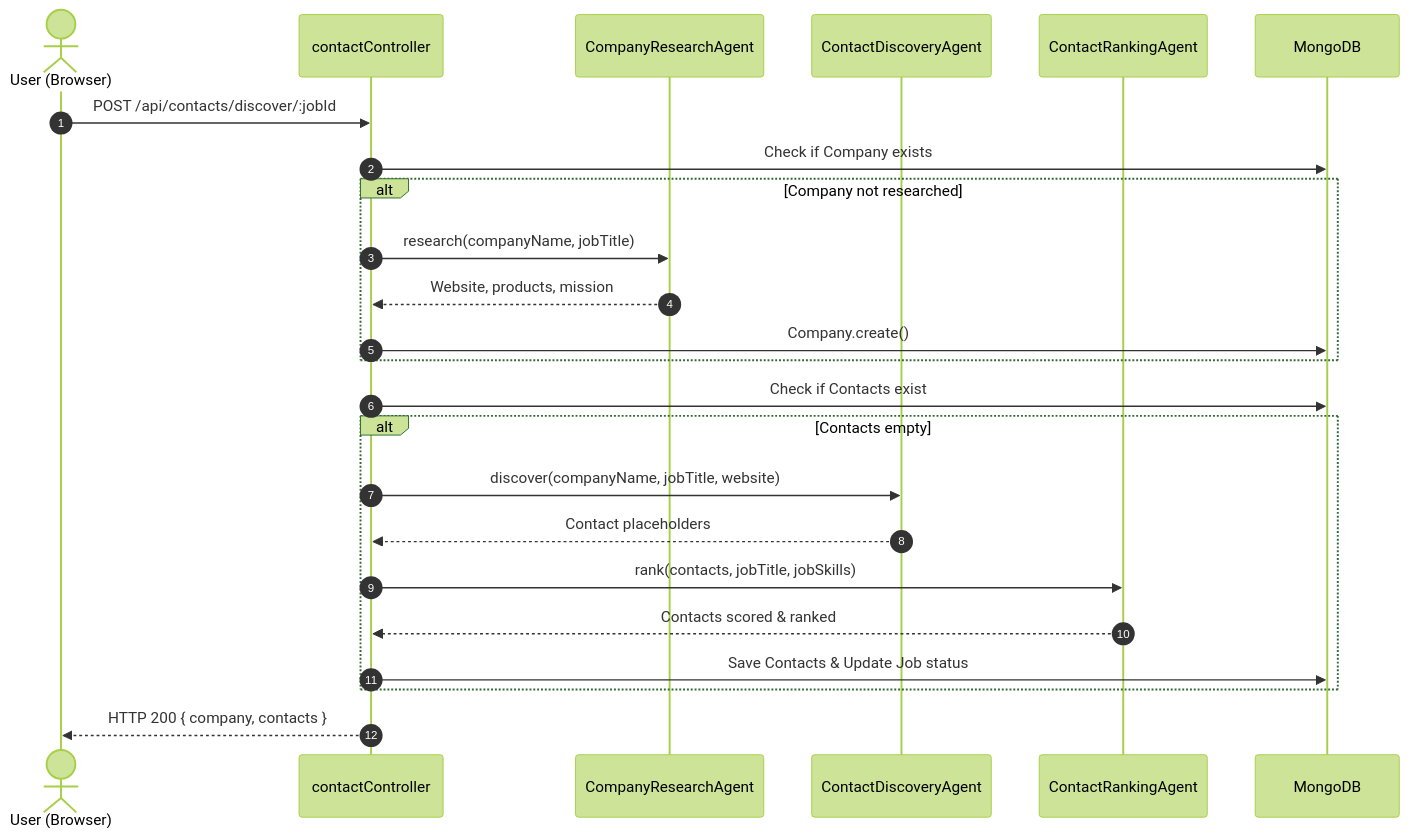
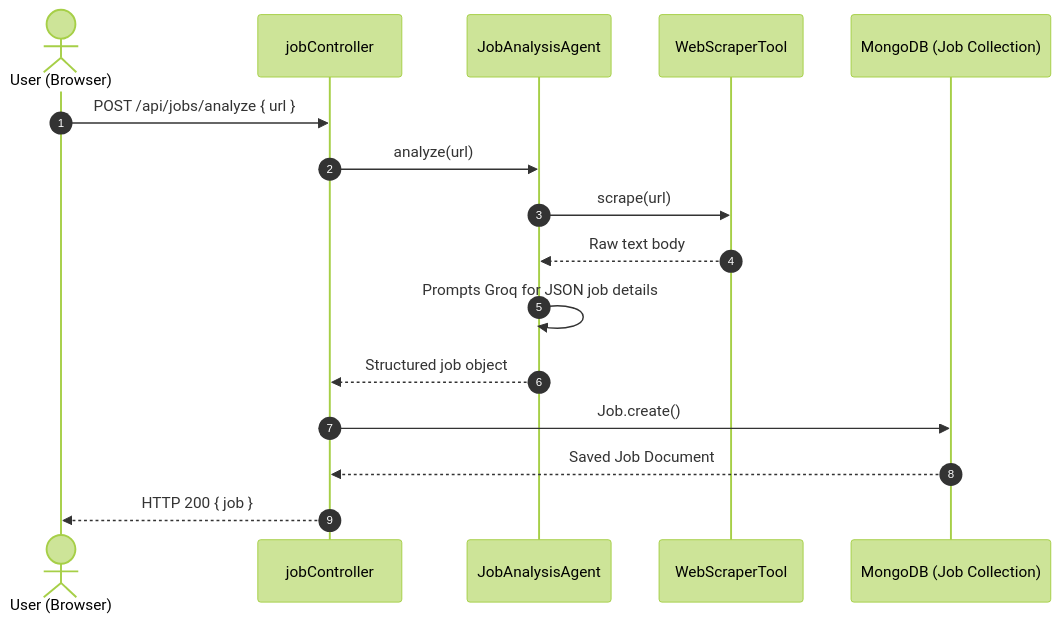
Before and after one commit to tamal006/cold-email-ai-agent: the third of 6 diagrams in docs/WORKFLOW.md, drawn with Mermaid (forest theme). The commit also changed other lines of this file and 107 other files, not shown here.

````diff
--- a/docs/WORKFLOW.md
+++ b/docs/WORKFLOW.md
@@ -70,27 +68,19 @@
 ```mermaid
 sequenceDiagram
     autonumber
     actor User as User (Browser)
-    participant C as contactController
-    participant R as CompanyResearchAgent
-    participant D as ContactDiscoveryAgent
-    participant RK as ContactRankingAgent
-    participant DB as MongoDB
+    participant C as jobController
+    participant A as JobAnalysisAgent
+    participant T as WebScraperTool
+    participant DB as MongoDB (Job Collection)
 
-    User->>C: POST /api/contacts/discover/:jobId
-    C->>DB: Check if Company exists
-    alt Company not researched
-        C->>R: research(companyName, jobTitle)
-        R-->>C: Website, products, mission
-        C->>DB: Company.create()
-    end
-    C->>DB: Check if Contacts exist
-    alt Contacts empty
-        C->>D: discover(companyName, jobTitle, website)
-        D-->>C: Contact placeholders
-        C->>RK: rank(contacts, jobTitle, jobSkills)
-        RK-->>C: Contacts scored & ranked
-        C->>DB: Save Contacts & Update Job status
-    end
-    C-->>User: HTTP 200 { company, contacts }
+    User->>C: POST /api/jobs/analyze { url }
+    C->>A: analyze(url)
+    A->>T: scrape(url)
+    T-->>A: Raw text body
+    A->>A: Prompts Groq for JSON job details
+    A-->>C: Structured job object
+    C->>DB: Job.create()
+    DB-->>C: Saved Job Document
+    C-->>User: HTTP 200 { job }
 ```
````
